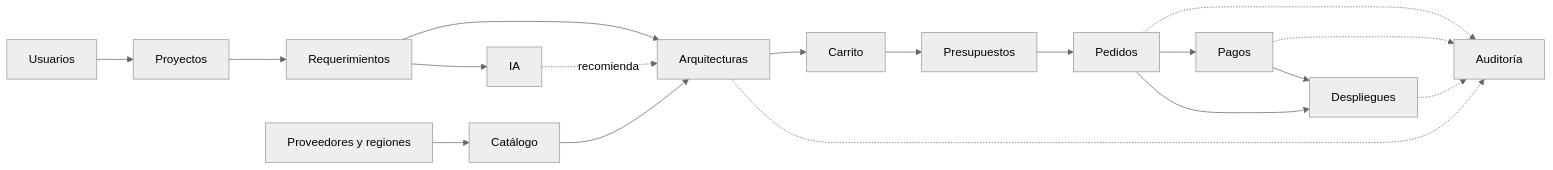
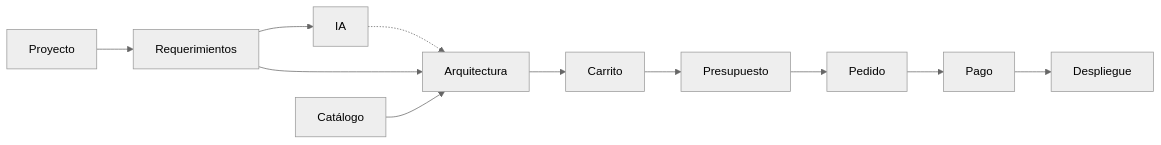
One commit to gabrielsanchzz/Cloud_con_IA changed the diagram in docs/modulos.md. Above: the diagram before and after it, drawn with Mermaid (neutral theme). The commit also changed other lines of this file and 2 other files, not shown here.

Commit message:
docs: versiones simplificadas y apartado de proveedores y regiones

````diff
--- a/docs/modulos.md
+++ b/docs/modulos.md
@@ -29,34 +27,13 @@
 ```mermaid
 flowchart LR
-    USU[Usuarios]
-    CAT[Catálogo]
-    PRV[Proveedores y regiones]
-    PRO[Proyectos]
-    REQ[Requerimientos]
-    IA[IA]
-    ARQ[Arquitecturas]
-    CAR[Carrito]
-    PRE[Presupuestos]
-    PED[Pedidos]
-    PAG[Pagos]
-    DES[Despliegues]
-    AUD[Auditoría]
-
-    USU --> PRO
-    PRO --> REQ
+    PRO[Proyecto] --> REQ[Requerimientos]
+    REQ --> IA[IA]
+    IA -.-> ARQ[Arquitectura]
     REQ --> ARQ
-    REQ --> IA
-    IA -. recomienda .-> ARQ
-    PRV --> CAT
-    CAT --> ARQ
-    ARQ --> CAR
-    CAR --> PRE
-    PRE --> PED
-    PED --> PAG
-    PAG --> DES
-    PED --> DES
-    PED -.-> AUD
-    PAG -.-> AUD
-    DES -.-> AUD
-    ARQ -.-> AUD
+    CAT[Catálogo] --> ARQ
+    ARQ --> CAR[Carrito]
+    CAR --> PRE[Presupuesto]
+    PRE --> PED[Pedido]
+    PED --> PAG[Pago]
+    PAG --> DES[Despliegue]
 ```
````
